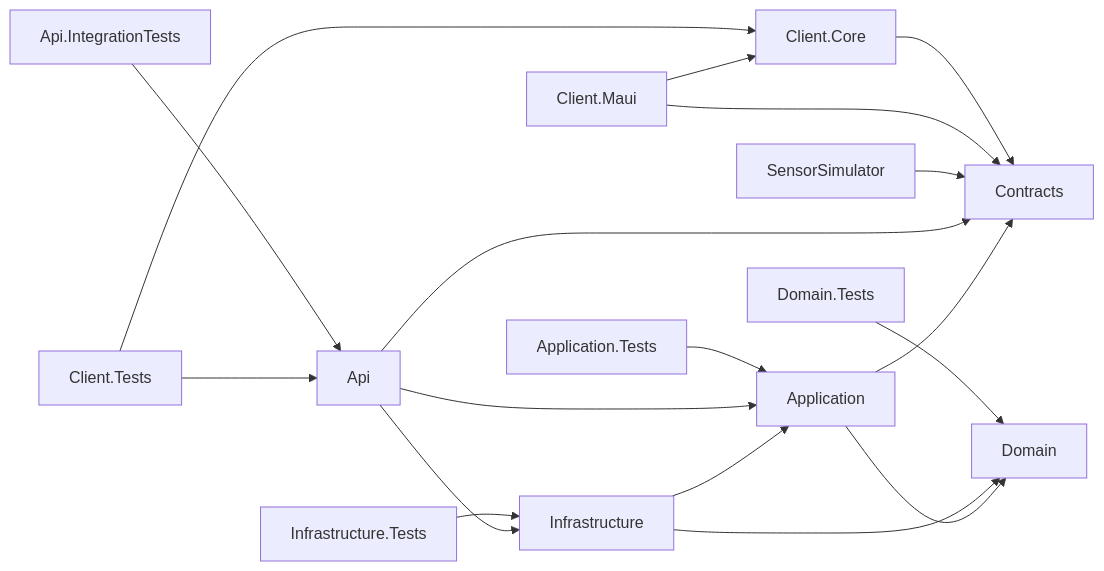
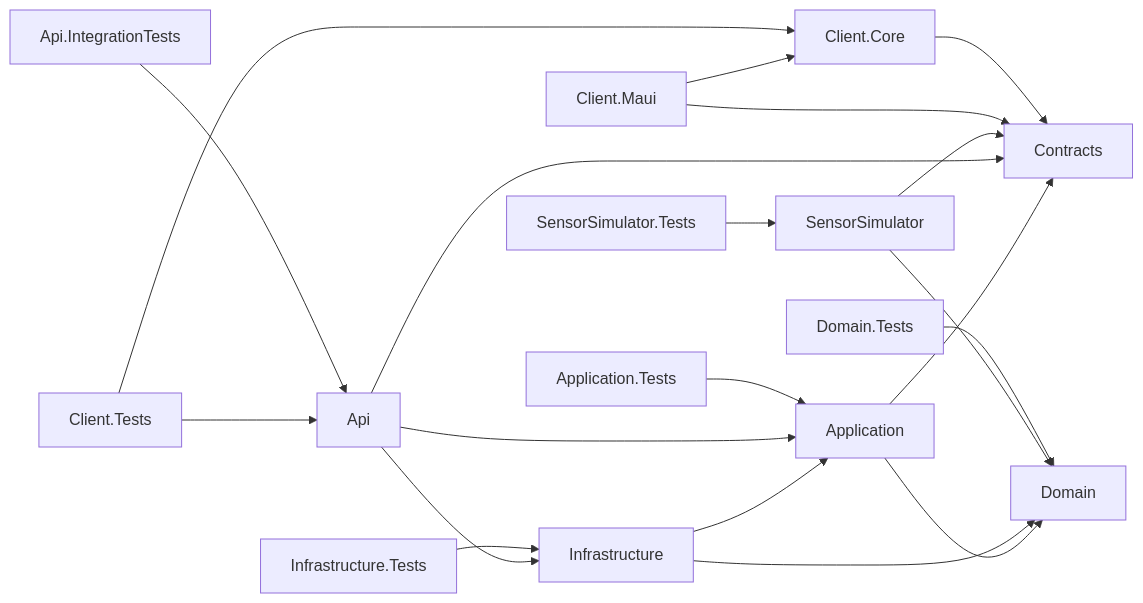
One commit to katyadn/mppSTEM changed the diagram in README.md. Above: the diagram before and after it, drawn with Mermaid. The commit also changed other lines of this file and 6 other files, not shown here.

````diff
--- a/README.md
+++ b/README.md
@@ -39,20 +40,22 @@
 ```mermaid
 graph LR
   Application --> Domain
   Application --> Contracts
   Infrastructure --> Application
   Infrastructure --> Domain
   Api --> Application
   Api --> Infrastructure
   Api --> Contracts
   SensorSimulator --> Contracts
+  SensorSimulator --> Domain
   ClientMaui[Client.Maui] --> Contracts
   ClientMaui --> ClientCore[Client.Core]
   ClientCore --> Contracts
   ClientTests[Client.Tests] --> ClientCore
   ClientTests --> Api
   InfrastructureTests[Infrastructure.Tests] --> Infrastructure
   DomainTests[Domain.Tests] --> Domain
   ApplicationTests[Application.Tests] --> Application
   ApiTests[Api.IntegrationTests] --> Api
+  SimulatorTests[SensorSimulator.Tests] --> SensorSimulator
 ```
````
